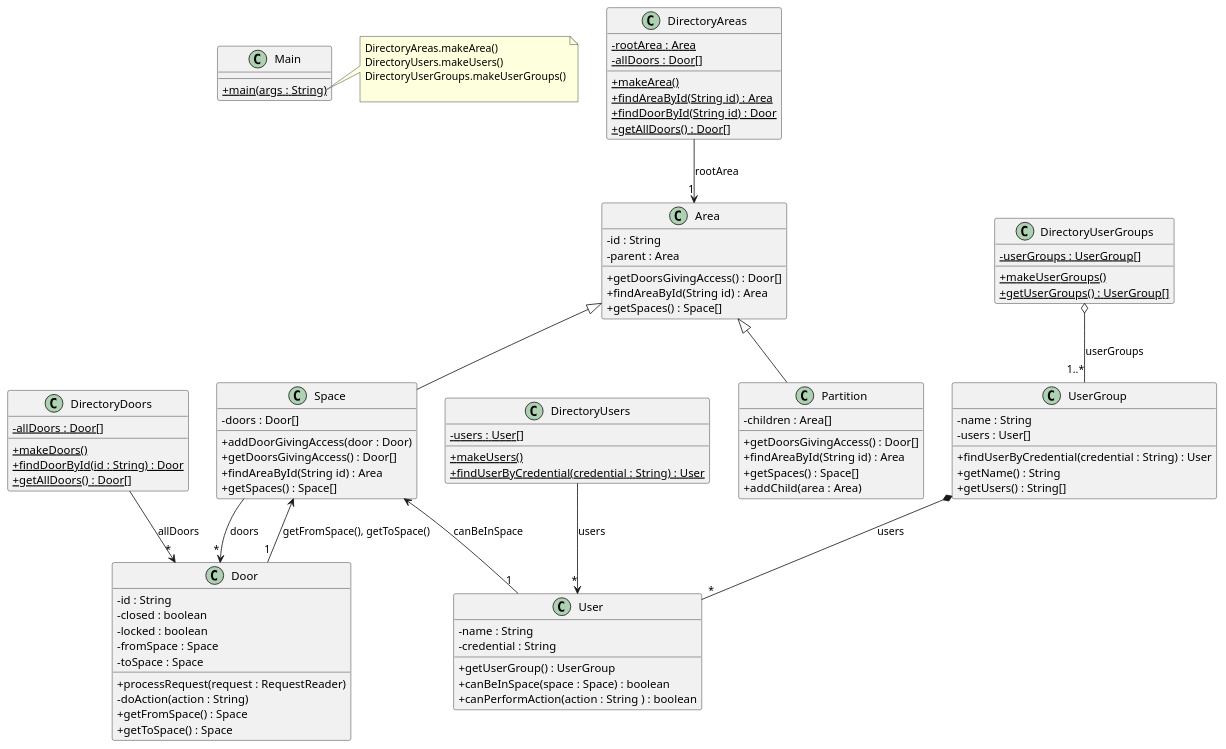
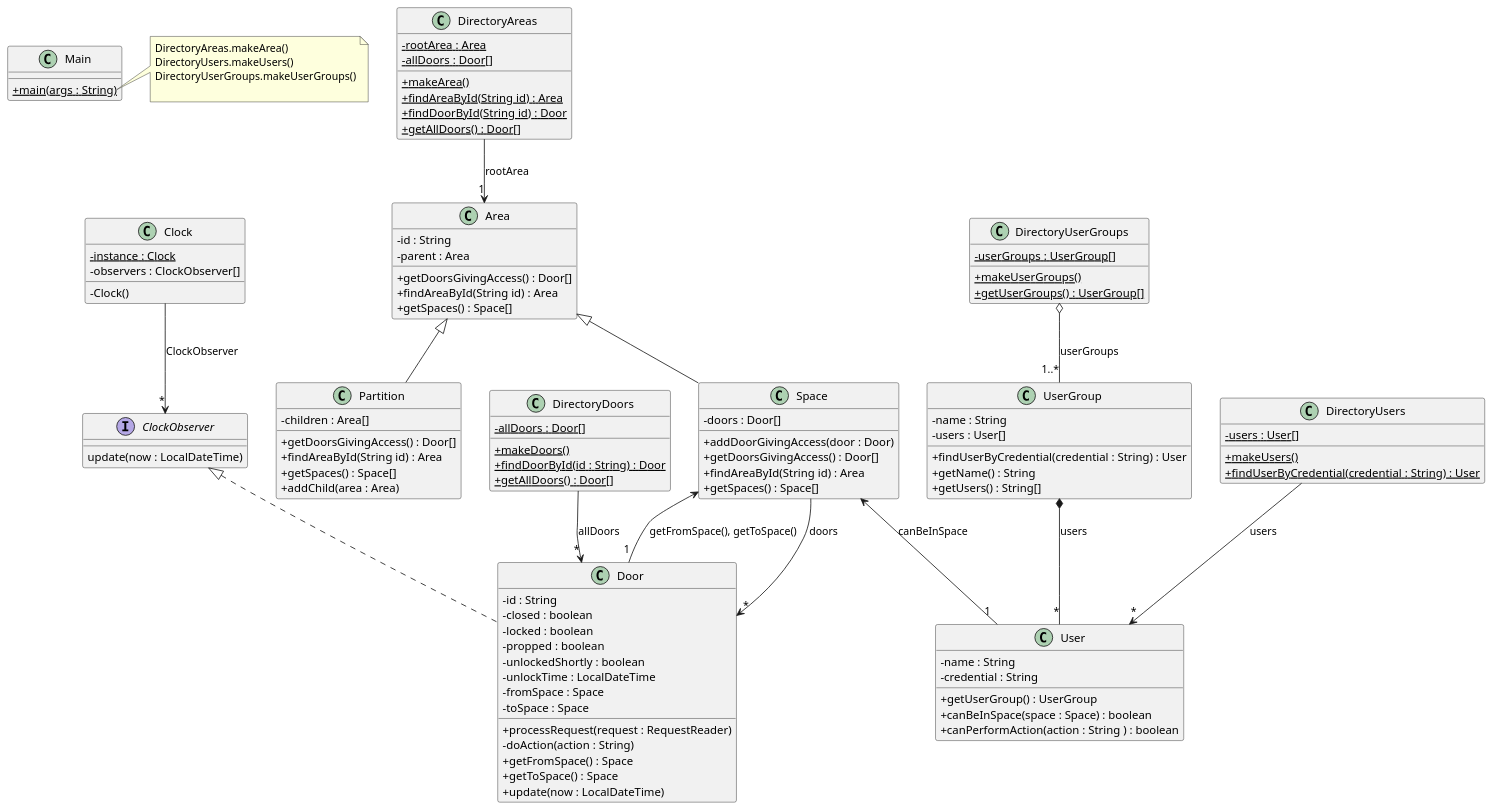
One commit to NIU1748576/Grup453_AccessControlSystem changed the diagram in src/baseNoStates/uml/base_no_states.puml. Above: the diagram before and after it, drawn with PlantUML.

Commit message:
Add Clock and ClockObserver classes to UML diagram

```diff
--- a/src/baseNoStates/uml/base_no_states.puml
+++ b/src/baseNoStates/uml/base_no_states.puml
@@ -1,116 +1,132 @@
 @startuml
 skinparam classAttributeIconSize 0
 
 class DirectoryDoors {
 - {static} allDoors : Door[]
 + {static} makeDoors()
 + {static} findDoorById(id : String) : Door
 + {static} getAllDoors() : Door[]
 }
 
 DirectoryDoors --> "*" Door : "allDoors"
 
-class Door {
+class Door implements ClockObserver{
 - id : String
 - closed : boolean
 - locked : boolean
+- propped : boolean
+- unlockedShortly : boolean
+- unlockTime : LocalDateTime
 - fromSpace : Space
 - toSpace : Space
 + processRequest(request : RequestReader)
 '+ toJson() : JSONObject
 '+ toString() : String
 '+ isClosed() :boolean
 - doAction(action : String)
 + getFromSpace() : Space
 + getToSpace() : Space
++ update(now : LocalDateTime)
 }
 
 class DirectoryUsers {
 - {static} users : User[]
 + {static} makeUsers()
 + {static} findUserByCredential(credential : String) : User
 }
 
 DirectoryUsers --> "*" User : "users"
 
 class User {
 - name : String
 - credential : String
 '+ toString() : String
 + getUserGroup() : UserGroup
 + canBeInSpace(space : Space) : boolean
 + canPerformAction(action : String ) : boolean
 }
 
 class DirectoryUserGroups {
 - {static} userGroups : UserGroup[]
 + {static} makeUserGroups()
 + {static} getUserGroups() : UserGroup[]
 }
 
 class UserGroup {
 - name : String
 - users : User[]
 + findUserByCredential(credential : String) : User
 + getName() : String
 + getUsers() : String[]
 }
 
 class DirectoryAreas {
 - {static} rootArea : Area
 - {static} allDoors : Door[]
 + {static} makeArea()
 + {static} findAreaById(String id) : Area
 + {static} findDoorById(String id) : Door
 + {static} getAllDoors() : Door[]
 }
 
 DirectoryAreas --> "1" Area : "rootArea"
 
 class Area {
 - id : String
 - parent : Area
 + getDoorsGivingAccess() : Door[]
 + findAreaById(String id) : Area
 + getSpaces() : Space[]
 
 }
 
 class Partition {
 - children : Area[]
 + getDoorsGivingAccess() : Door[]
 + findAreaById(String id) : Area
 + getSpaces() : Space[]
 + addChild(area : Area)
 }
 
 class Space {
 - doors : Door[]
 + addDoorGivingAccess(door : Door)
 + getDoorsGivingAccess() : Door[]
 + findAreaById(String id) : Area
 + getSpaces() : Space[]
 }
 
 Space --> "*" Door : "doors"
 Space <-- "1" Door : "getFromSpace(), getToSpace()"
 
 DirectoryUserGroups o-- "1..*" UserGroup : userGroups
 UserGroup *-- "*" User : users
 
 Area <|-- Partition
 Area <|-- Space
 
 Space <-- "1" User : canBeInSpace
 
+class Clock {
+- {static} instance : Clock
+- observers : ClockObserver[]
+- Clock()
+}
+
+interface ClockObserver {
+  update(now : LocalDateTime)
+}
+
+Clock --> "*" ClockObserver : ClockObserver
+
 class Main {
 + {static} main(args : String)
 }
 
 note right of Main::main
 DirectoryAreas.makeArea()
 DirectoryUsers.makeUsers()
 DirectoryUserGroups.makeUserGroups()
 
 end note
 @enduml
```
